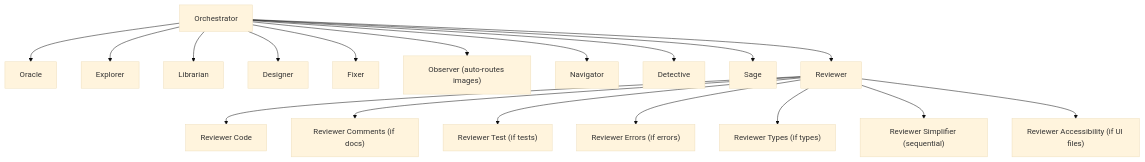
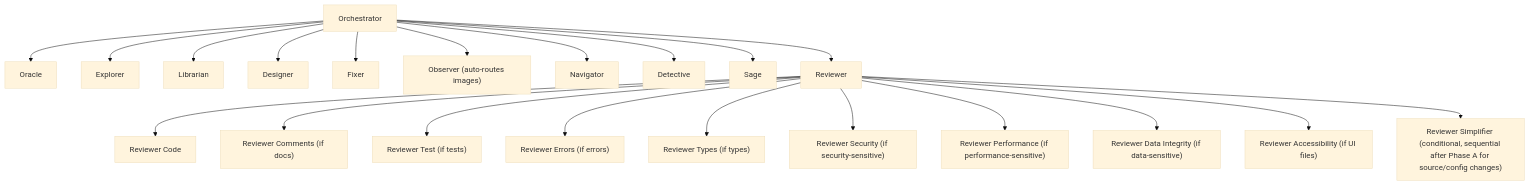
Before and after one commit to guilhermemmb/ai-rules: the first of 2 diagrams in agents-overview/README.md, drawn with Mermaid (base theme). The commit also changed other lines of this file and 22 other files, not shown here.

````diff
--- a/agents-overview/README.md
+++ b/agents-overview/README.md
@@ -28,20 +28,23 @@
 ```mermaid
 flowchart TD
     ORCH[Orchestrator] --> ORACLE[Oracle]
     ORCH --> EXPLORER[Explorer]
     ORCH --> LIBRARIAN[Librarian]
     ORCH --> DESIGNER[Designer]
     ORCH --> FIXER[Fixer]
     ORCH --> OBSERVER["Observer (auto-routes images)"]
     ORCH --> NAVIGATOR[Navigator]
     ORCH --> DETECTIVE[Detective]
     ORCH --> SAGE[Sage]
     ORCH --> REVIEWER[Reviewer]
     REVIEWER --> REVIEWERCODE["Reviewer Code"]
     REVIEWER --> REVIEWERCOMMENTS["Reviewer Comments (if docs)"]
     REVIEWER --> REVIEWERTEST["Reviewer Test (if tests)"]
     REVIEWER --> REVIEWERERRORS["Reviewer Errors (if errors)"]
     REVIEWER --> REVIEWERTYPES["Reviewer Types (if types)"]
-    REVIEWER --> REVIEWERSIMPLIFIER["Reviewer Simplifier (sequential)"]
+    REVIEWER --> REVIEWERSECURITY["Reviewer Security (if security-sensitive)"]
+    REVIEWER --> REVIEWERPERFORMANCE["Reviewer Performance (if performance-sensitive)"]
+    REVIEWER --> REVIEWERDATA["Reviewer Data Integrity (if data-sensitive)"]
     REVIEWER --> REVIEWERACCESSIBILITY["Reviewer Accessibility (if UI files)"]
+    REVIEWER --> REVIEWERSIMPLIFIER["Reviewer Simplifier (conditional, sequential after Phase A for source/config changes)"]
 ```
````
